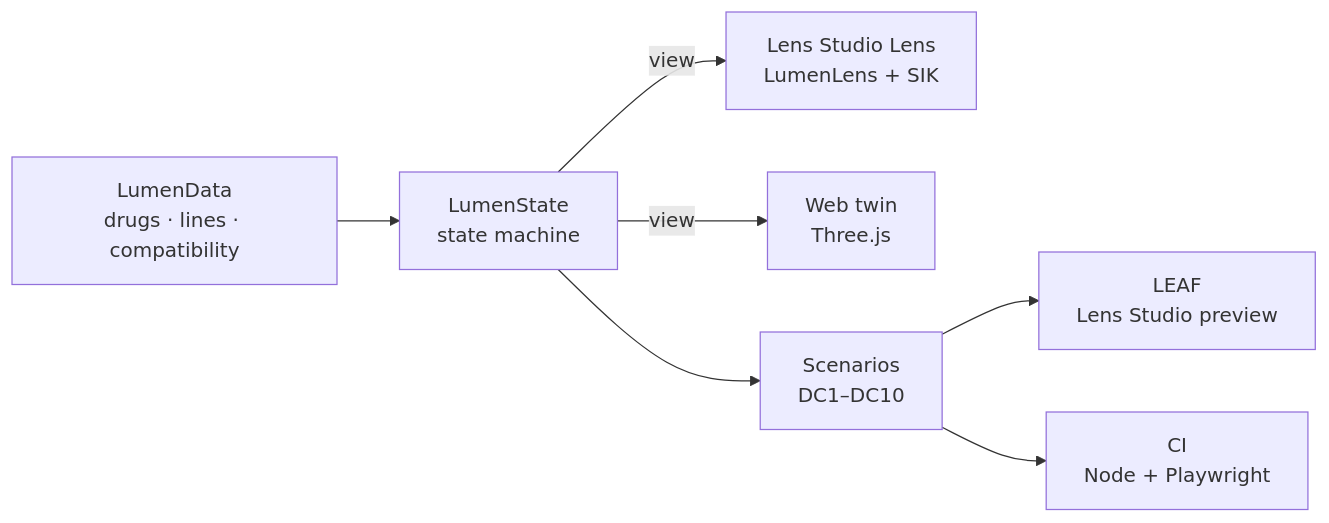
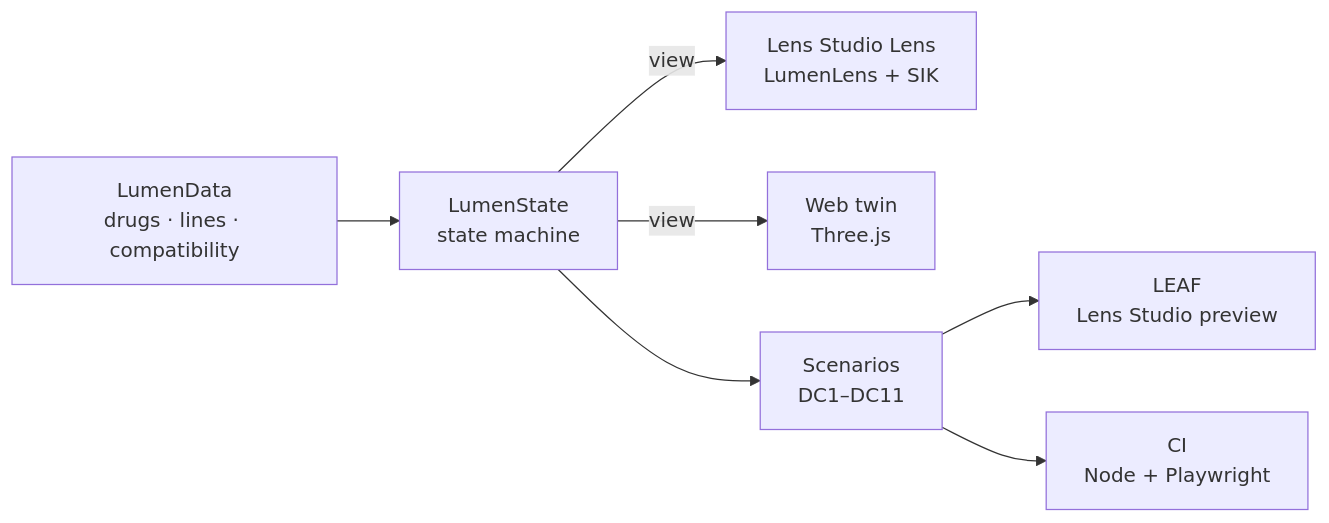
The diagram in README.md (vivekyarra/Lumen), drawn with Mermaid before and after one commit. The commit also changed other lines of this file and 24 other files, not shown here.

````diff
--- a/README.md
+++ b/README.md
@@ -65,9 +69,9 @@
 ```mermaid
 flowchart LR
   D["LumenData<br/>drugs · lines · compatibility"] --> S["LumenState<br/>state machine"]
   S -->|view| LS["Lens Studio Lens<br/>LumenLens + SIK"]
   S -->|view| W["Web twin<br/>Three.js"]
-  S --> T["Scenarios<br/>DC1–DC10"]
+  S --> T["Scenarios<br/>DC1–DC11"]
   T --> LEAF["LEAF<br/>Lens Studio preview"]
   T --> CI["CI<br/>Node + Playwright"]
 ```
````
